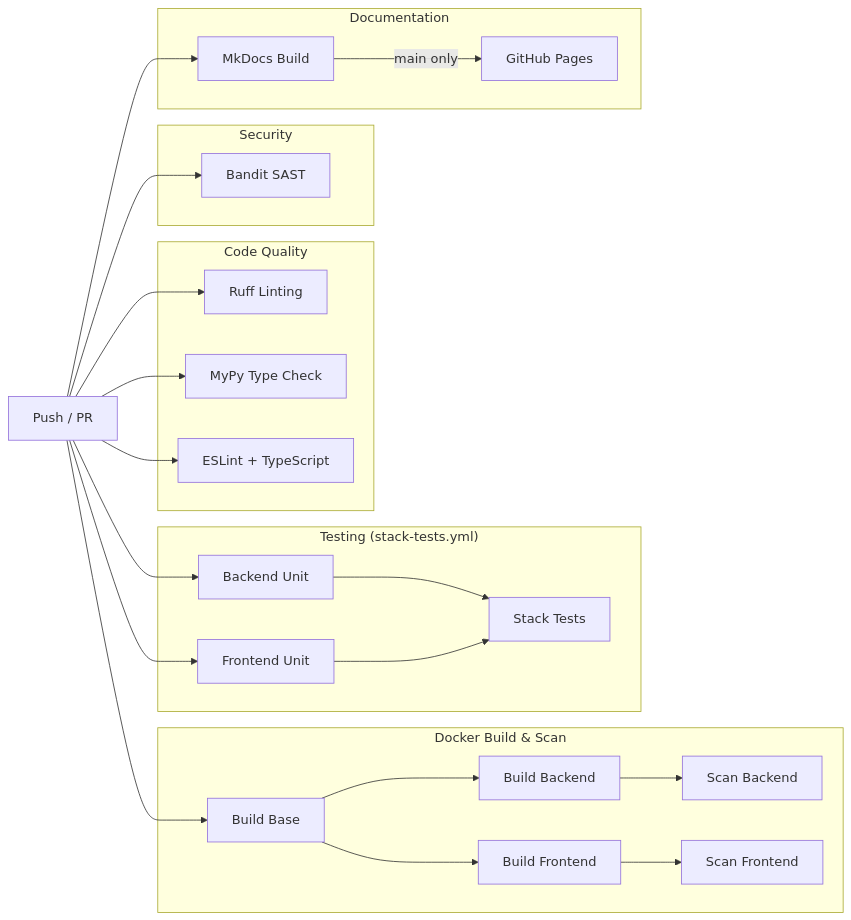
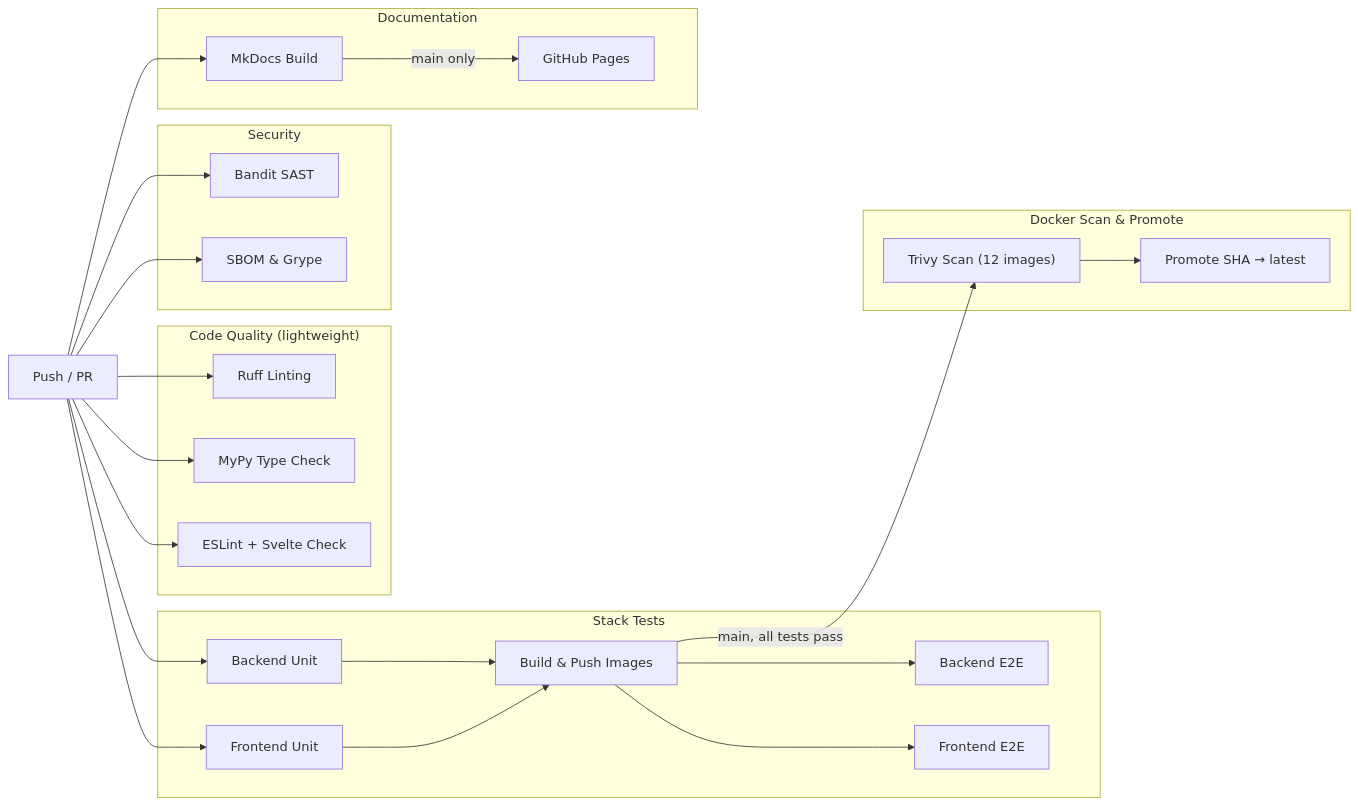
The first of 3 diagrams in docs/operations/cicd.md (HardMax71/Integr8sCode), drawn with Mermaid before and after one commit. The commit also changed other lines of this file and 12 other files, not shown here.

````diff
--- a/docs/operations/cicd.md
+++ b/docs/operations/cicd.md
@@ -9,47 +9,40 @@
 ```mermaid
 graph LR
-    subgraph "Code Quality"
+    subgraph "Code Quality (lightweight)"
         Ruff["Ruff Linting"]
         MyPy["MyPy Type Check"]
-        ESLint["ESLint + TypeScript"]
+        ESLint["ESLint + Svelte Check"]
     end
 
     subgraph "Security"
         Bandit["Bandit SAST"]
+        SBOM["SBOM & Grype"]
     end
 
-    subgraph "Docker Build & Scan"
-        Base["Build Base"]
-        Backend["Build Backend"]
-        Frontend["Build Frontend"]
-        ScanBE["Scan Backend"]
-        ScanFE["Scan Frontend"]
-        Base --> Backend
-        Base --> Frontend
-        Backend --> ScanBE
-        Frontend --> ScanFE
+    subgraph "Stack Tests"
+        UnitBE["Backend Unit"]
+        UnitFE["Frontend Unit"]
+        Build["Build & Push Images"]
+        E2E_BE["Backend E2E"]
+        E2E_FE["Frontend E2E"]
+        UnitBE --> Build
+        UnitFE --> Build
+        Build --> E2E_BE
+        Build --> E2E_FE
     end
 
-    subgraph "Testing (stack-tests.yml)"
-        UnitBE["Backend Unit"]
-        UnitFE["Frontend Unit"]
-        Stack["Stack Tests"]
-        UnitBE --> Stack
-        UnitFE --> Stack
+    subgraph "Docker Scan & Promote"
+        Scan["Trivy Scan (12 images)"]
+        Promote["Promote SHA → latest"]
+        Scan --> Promote
     end
 
     subgraph "Documentation"
         Docs["MkDocs Build"]
         Pages["GitHub Pages"]
     end
 
-    Push["Push / PR"] --> Ruff
-    Push --> MyPy
-    Push --> ESLint
-    Push --> Bandit
-    Push --> Base
-    Push --> UnitBE
-    Push --> UnitFE
-    Push --> Docs
+    Push["Push / PR"] --> Ruff & MyPy & ESLint & Bandit & SBOM & UnitBE & UnitFE & Docs
+    Build -->|main, all tests pass| Scan
     Docs -->|main only| Pages
 ```
````
